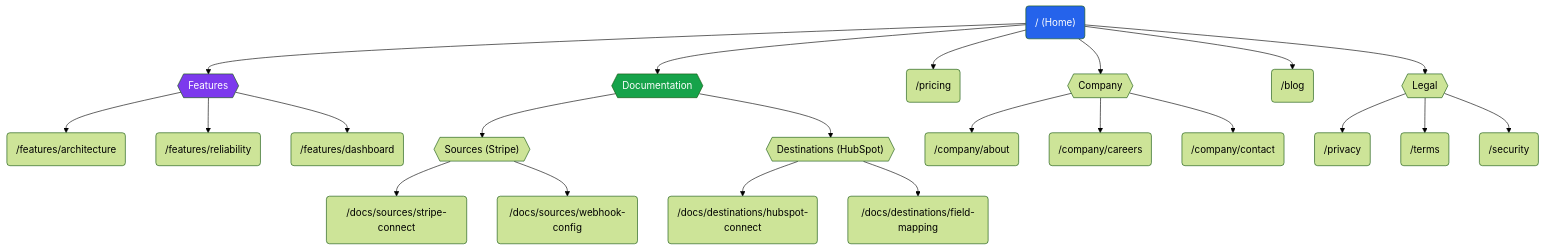
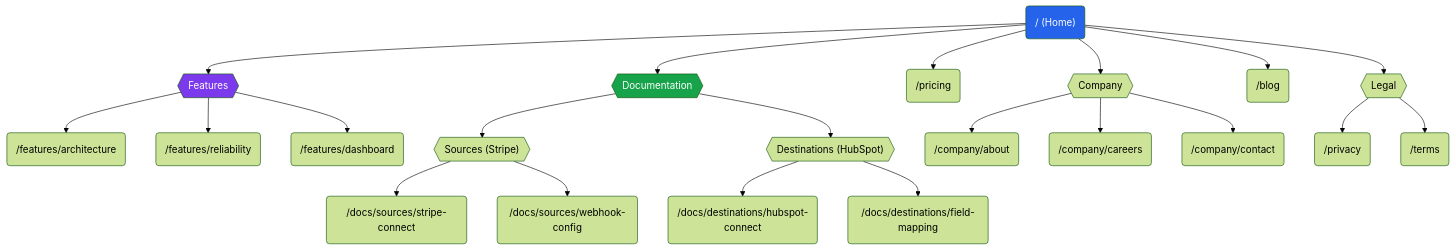
Before and after one commit to Omniroo/website: the diagram in README.md, drawn with Mermaid (forest theme). The commit also changed 3 other files, not shown here.

````diff
--- a/README.md
+++ b/README.md
@@ -7,34 +7,33 @@
 ```mermaid
 flowchart TD
     Home("/ (Home)") --> Features{{Features}}
     Home --> Docs{{Documentation}}
     Home --> Pricing("/pricing")
     Home --> Company{{Company}}
     Home --> Blog("/blog")
     Home --> Legal{{Legal}}
 
     Features --> Architecture("/features/architecture")
     Features --> Reliability("/features/reliability")
     Features --> Dashboard("/features/dashboard")
 
     Docs --> Sources{{"Sources (Stripe)"}}
     Docs --> Destinations{{"Destinations (HubSpot)"}}
     
     Sources --> StripeConnect("/docs/sources/stripe-connect")
     Sources --> StripeWebhook("/docs/sources/webhook-config")
     
     Destinations --> HubSpotConnect("/docs/destinations/hubspot-connect")
     Destinations --> FieldMapping("/docs/destinations/field-mapping")
 
     Company --> About("/company/about")
     Company --> Careers("/company/careers")
     Company --> Contact("/company/contact")
 
     Legal --> Privacy("/privacy")
     Legal --> Terms("/terms")
-    Legal --> Security("/security")
 
     style Home fill:#2563eb,color:white
     style Features fill:#7c3aed,color:white
     style Docs fill:#16a34a,color:white
 ```
````
